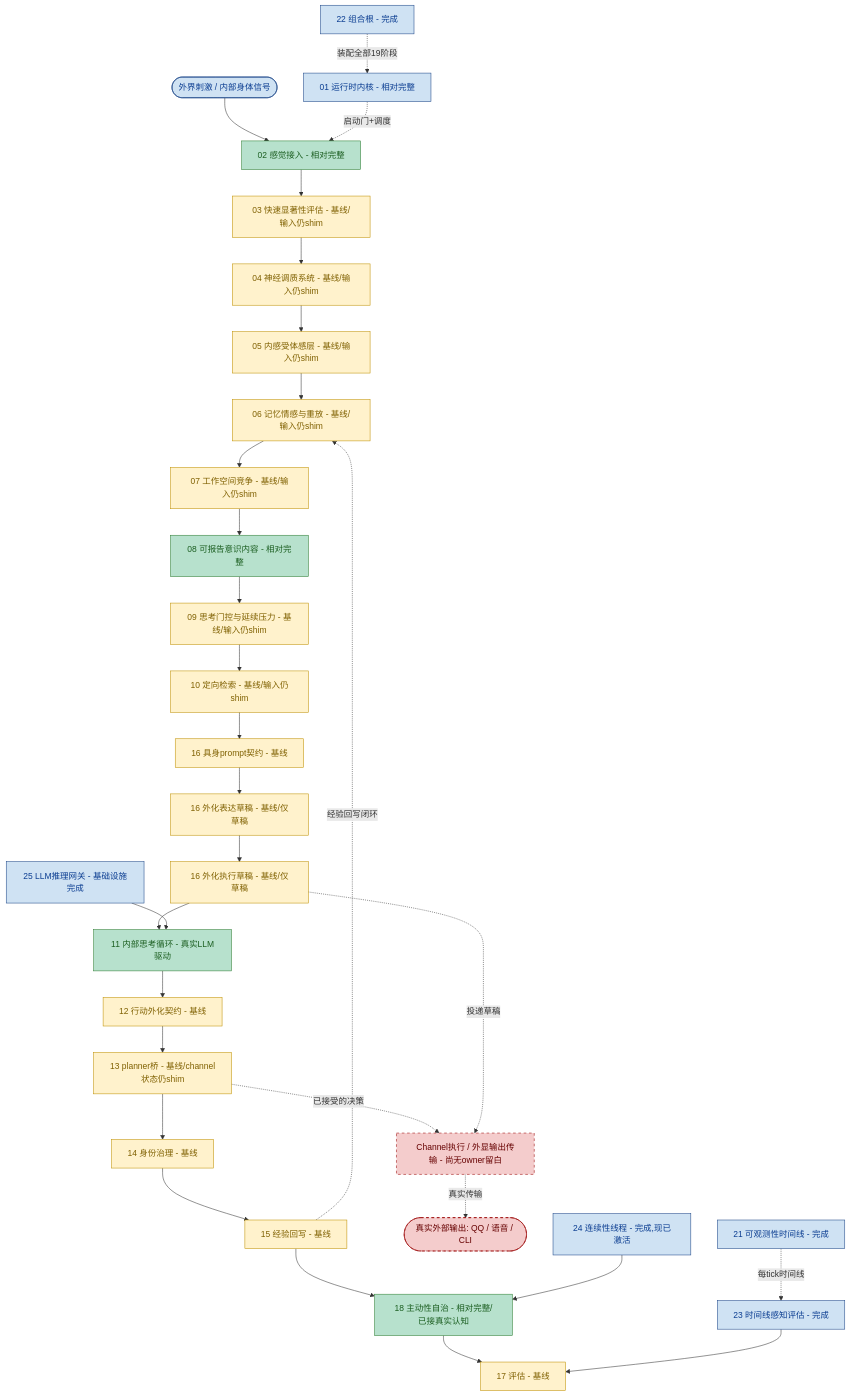
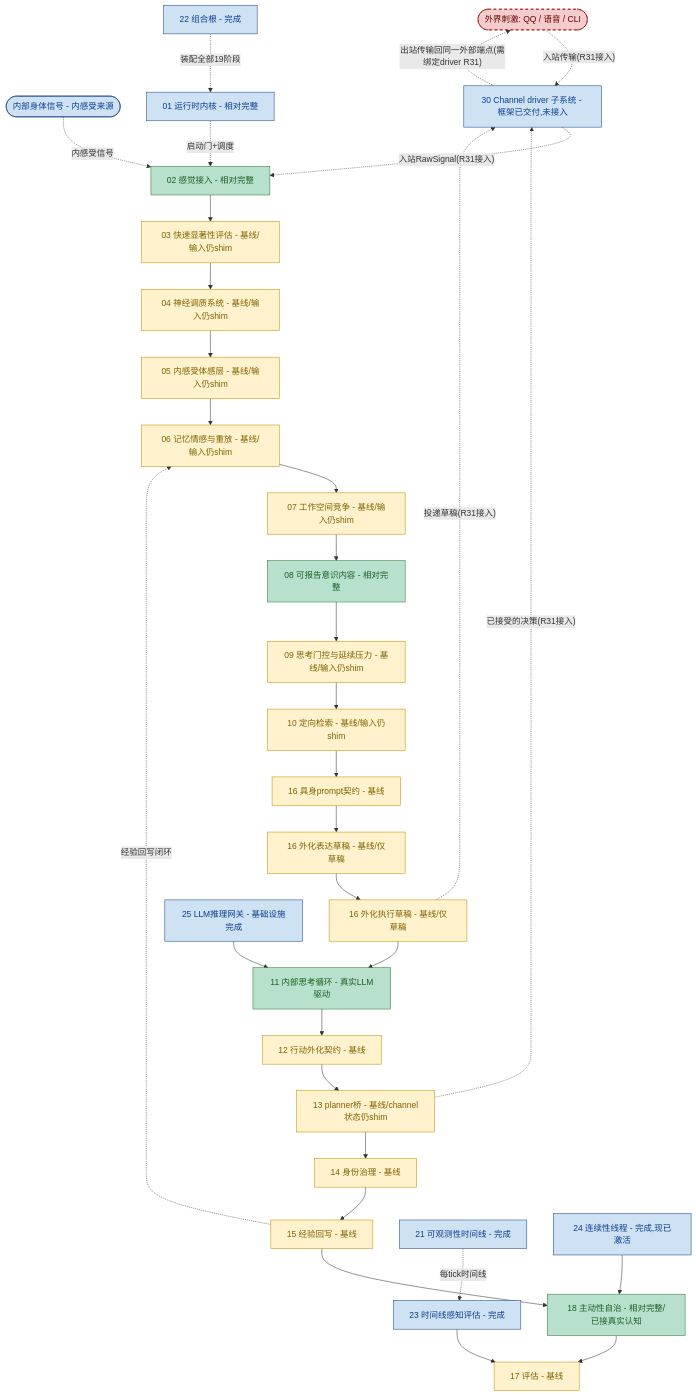
One commit to embalmer-Y/helios changed the diagram in helios_v2/docs/PROGRESS_FLOW.zh-CN.md. Above: the diagram before and after it, drawn with Mermaid. The commit also changed other lines of this file and 11 other files, not shown here.

````diff
--- a/helios_v2/docs/PROGRESS_FLOW.zh-CN.md
+++ b/helios_v2/docs/PROGRESS_FLOW.zh-CN.md
@@ -26,52 +27,55 @@
 ```mermaid
 flowchart TD
     classDef deep fill:#b7e1cd,stroke:#2e7d32,color:#1b5e20
     classDef base fill:#fff2cc,stroke:#bf9000,color:#7f6000
     classDef infra fill:#cfe2f3,stroke:#1c4587,color:#0b3d91
     classDef gap fill:#f4cccc,stroke:#990000,color:#660000,stroke-dasharray: 5 5
 
-    IN([外界刺激 / 内部身体信号]):::infra
+    EXT([外界刺激: QQ / 语音 / CLI]):::gap
+    BODY([内部身体信号 - 内感受来源]):::infra
     S02[02 感觉接入 - 相对完整]:::deep
     S03[03 快速显著性评估 - 基线/输入仍shim]:::base
     S04[04 神经调质系统 - 基线/输入仍shim]:::base
     S05[05 内感受体感层 - 基线/输入仍shim]:::base
     S06[06 记忆情感与重放 - 基线/输入仍shim]:::base
     S07[07 工作空间竞争 - 基线/输入仍shim]:::base
     S08[08 可报告意识内容 - 相对完整]:::deep
     S09[09 思考门控与延续压力 - 基线/输入仍shim]:::base
     S10[10 定向检索 - 基线/输入仍shim]:::base
     S16P[16 具身prompt契约 - 基线]:::base
     S16O[16 外化表达草稿 - 基线/仅草稿]:::base
     S16E[16 外化执行草稿 - 基线/仅草稿]:::base
     S11[11 内部思考循环 - 真实LLM驱动]:::deep
     S12[12 行动外化契约 - 基线]:::base
     S13[13 planner桥 - 基线/channel状态仍shim]:::base
     S14[14 身份治理 - 基线]:::base
     S15[15 经验回写 - 基线]:::base
     S18[18 主动性自治 - 相对完整/已接真实认知]:::deep
     S17[17 评估 - 基线]:::base
-    CH[Channel执行 / 外显输出传输 - 尚无owner留白]:::gap
-    OUT([真实外部输出: QQ / 语音 / CLI]):::gap
+    CH[30 Channel driver 子系统 - 框架已交付,未接入]:::infra
 
-    IN --> S02 --> S03 --> S04 --> S05 --> S06 --> S07 --> S08 --> S09 --> S10
+    S02 --> S03 --> S04 --> S05 --> S06 --> S07 --> S08 --> S09 --> S10
     S10 --> S16P --> S16O --> S16E --> S11
     S11 --> S12 --> S13 --> S14 --> S15 --> S18 --> S17
-    S13 -. 已接受的决策 .-> CH
-    S16E -. 投递草稿 .-> CH
-    CH -. 真实传输 .-> OUT
+    EXT -. 入站传输(R31接入) .-> CH
+    BODY -. 内感受信号 .-> S02
+    S13 -. 已接受的决策(R31接入) .-> CH
+    S16E -. 投递草稿(R31接入) .-> CH
+    CH -. 入站RawSignal(R31接入) .-> S02
+    CH -. 出站传输回同一外部端点(需绑定driver R31) .-> EXT
     S15 -. 经验回写闭环 .-> S06
 
     LLM[25 LLM推理网关 - 基础设施完成]:::infra
     LLM --> S11
 
     K01[01 运行时内核 - 相对完整]:::infra
     OBS[21 可观测性时间线 - 完成]:::infra
     COMP[22 组合根 - 完成]:::infra
     EV23[23 时间线感知评估 - 完成]:::infra
     TH24[24 连续性线程 - 完成,现已激活]:::infra
     K01 -. 启动门+调度 .-> S02
     OBS -. 每tick时间线 .-> EV23
     EV23 --> S17
     TH24 --> S18
     COMP -. 装配全部19阶段 .-> K01
 ```
````
